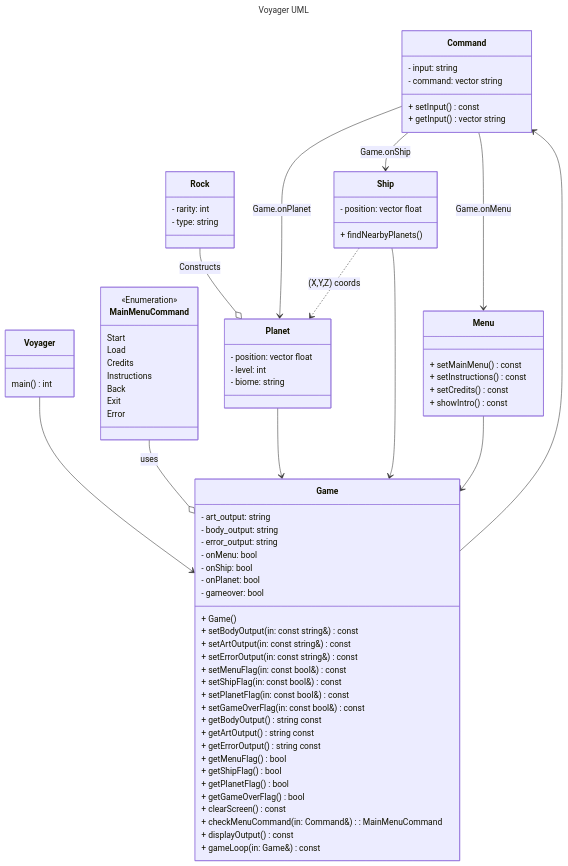
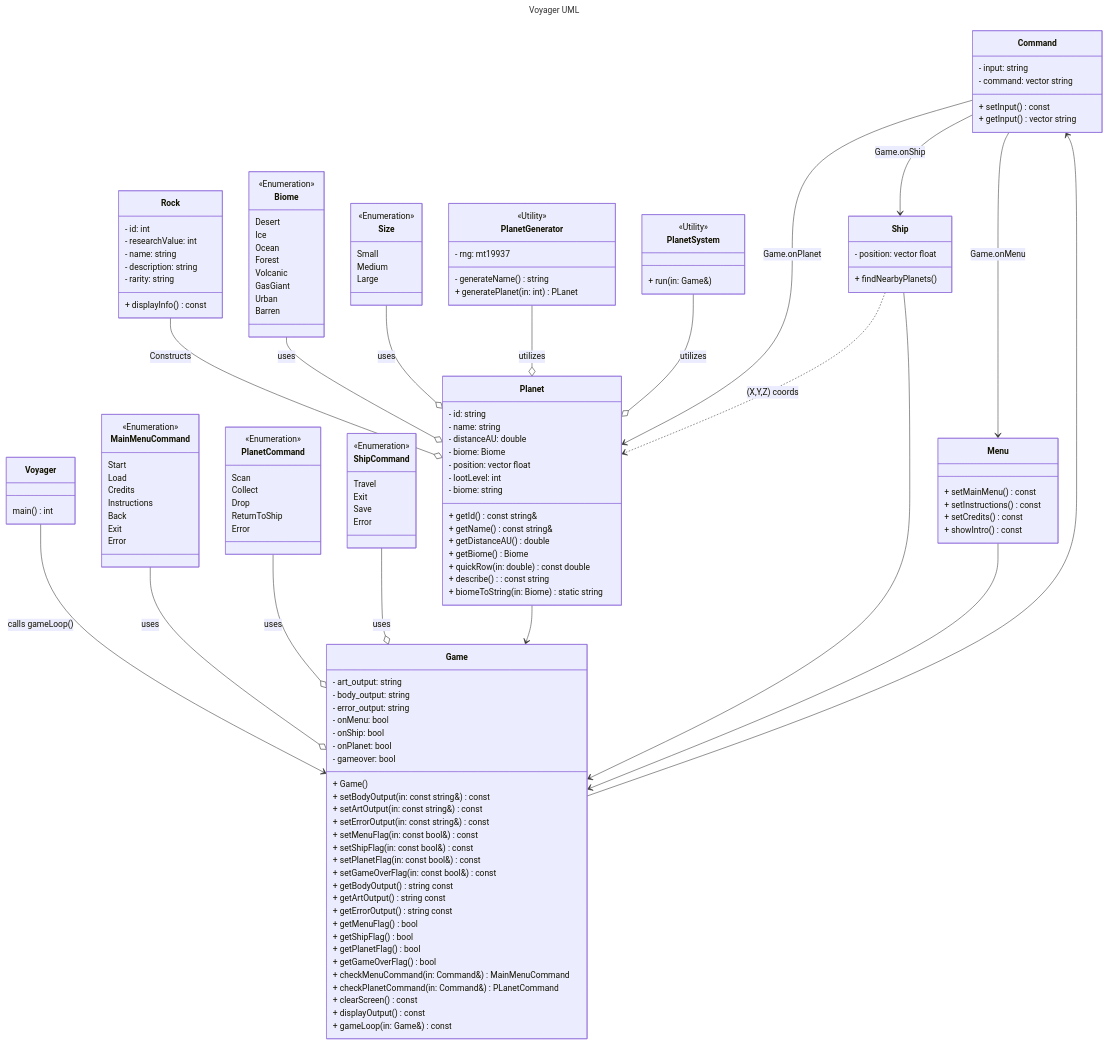
The diagram in Voyager/UML/UML.md (JSyv05/Voyager), drawn with Mermaid before and after one commit. The commit also changed 7 other files, not shown here.

Commit message:
DREAM-65 Began refactoring planet class. Updated UML to follow structure

````diff
--- a/Voyager/UML/UML.md
+++ b/Voyager/UML/UML.md
@@ -4,9 +4,16 @@
 ---	
 
 classDiagram
+
+	Voyager --> Game : calls gameLoop()
+	MainMenuCommand --o Game : uses
+	PlanetCommand --o Game :uses
+	ShipCommand --o Game :uses
 	Rock --o Planet : Constructs
-	Voyager --> Game
-	MainMenuCommand --o Game : uses
+	Biome --o Planet : uses
+	Size --o Planet : uses
+	PlanetGenerator --o Planet : utilizes
+	PlanetSystem --o Planet : utilizes
 	Command --> Planet : Game.onPlanet
 	Command --> Ship : Game.onShip
 	Command --> Menu : Game.onMenu
@@ -44,8 +51,9 @@
 		+ getShipFlag() bool
 		+ getPlanetFlag() bool
 		+ getGameOverFlag() bool
-	    + clearScreen() const
-		+ checkMenuCommand(in: Command&): MainMenuCommand
+		+ checkMenuCommand(in: Command&) MainMenuCommand
+		+ checkPlanetCommand(in: Command&) PLanetCommand
+		+ clearScreen() const
 		+ displayOutput() const
 	    + gameLoop(in: Game&) const
 	}
@@ -70,14 +78,29 @@
 	}
 	
 	class Planet {
+		- id: string
+		- name: string
+		- distanceAU: double
+		- biome: Biome
 		- position: vector float
-		- level: int
+		- lootLevel: int
 		- biome: string
+		+ getId() const string&
+		+ getName() const string&
+		+ getDistanceAU() double
+		+ getBiome() Biome
+		+ quickRow(in: double) const double
+		+ describe() : const string
+		+ biomeToString(in: Biome) static string
 	}
 	
 	class Rock {
-		- rarity: int
-		- type: string
+		- id: int
+		- researchValue: int
+		- name: string
+		- description: string
+		- rarity: string
+		+ displayInfo() const
 	}
 	class MainMenuCommand{
 		<<Enumeration>>
@@ -89,4 +112,46 @@
 		Exit
 		Error
 	}
+	class PlanetCommand{
+		<<Enumeration>>
+		Scan
+		Collect
+		Drop
+		ReturnToShip
+		Error
+	}
+	class ShipCommand{
+		<<Enumeration>>
+		Travel
+		Exit
+		Save
+		Error
+	}
+	class Biome{
+		<<Enumeration>>
+		Desert
+		Ice
+		Ocean
+		Forest
+		Volcanic
+		GasGiant
+		Urban
+		Barren
+	}
+	class Size{
+		<<Enumeration>>
+		Small
+		Medium
+		Large
+	}
+	class PlanetGenerator {
+		<<Utility>>
+		- rng: mt19937
+		- generateName() string
+		+ generatePlanet(in: int) PLanet
+	}
+	class PlanetSystem{
+		<<Utility>>
+		+ run(in: Game&)
+	}
 ```
````
